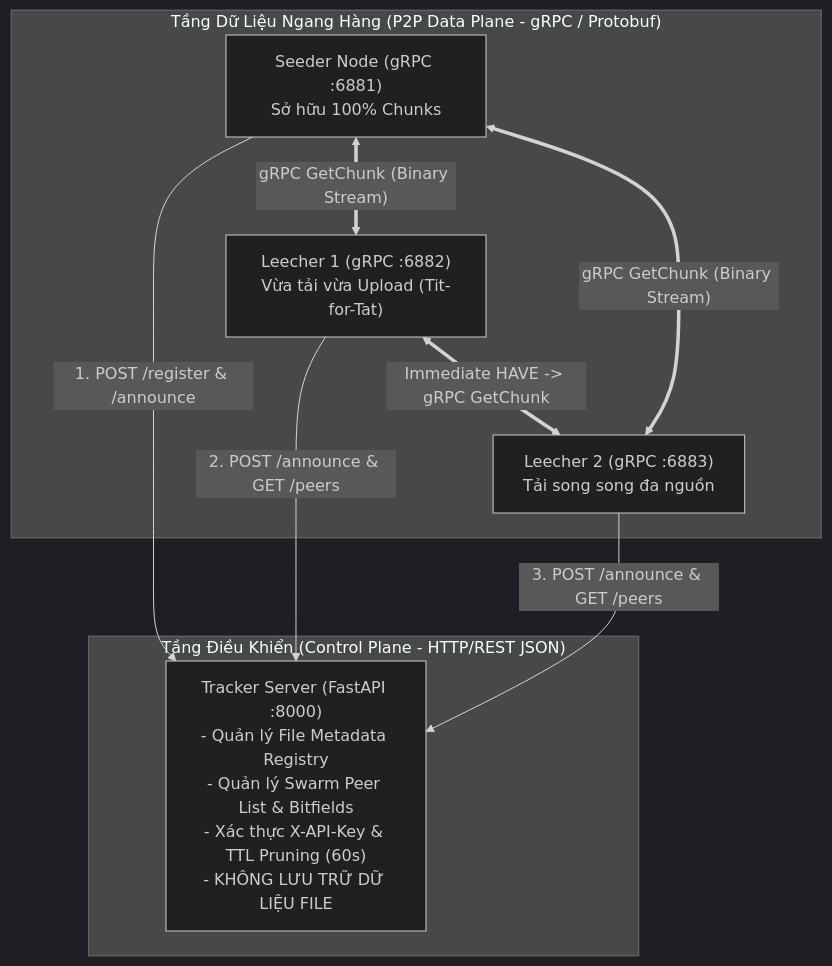
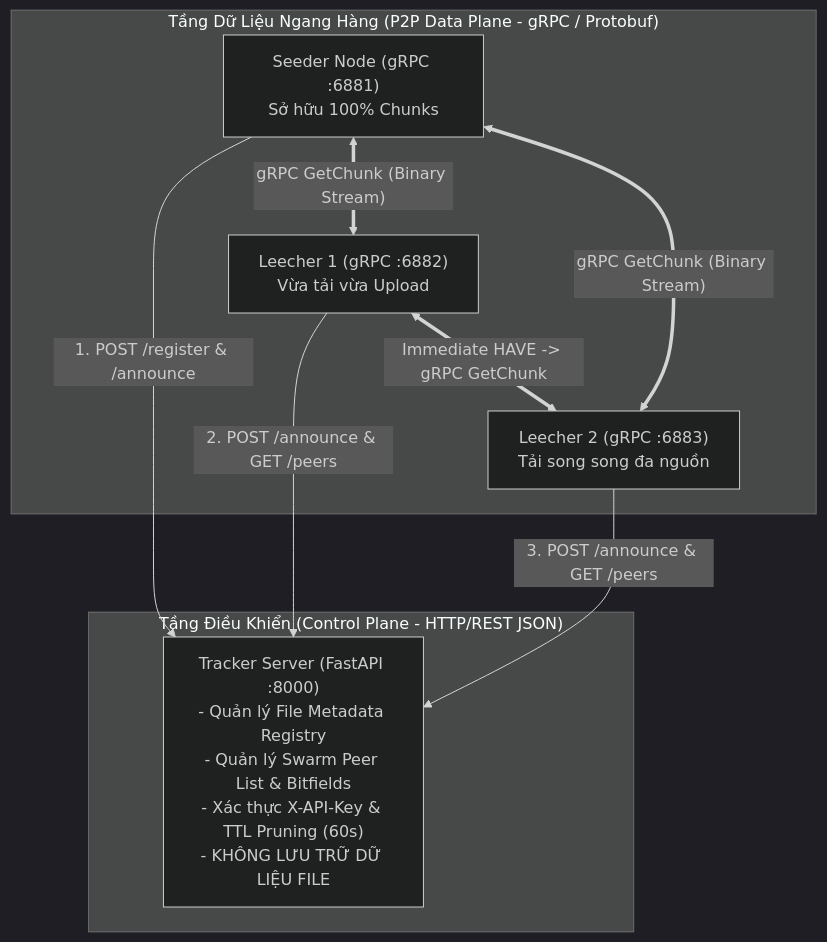
The first of 3 diagrams in docs/REPORT_TEMPLATE.md (manhtruong43/DS02---P2P-file-sharing-system-simulating-BitTorrent-), drawn with Mermaid (dark theme) before and after one commit. The commit also changed other lines of this file, not shown here.

````diff
--- a/docs/REPORT_TEMPLATE.md
+++ b/docs/REPORT_TEMPLATE.md
@@ -124,20 +124,20 @@
 ```mermaid
 graph TD
     subgraph Control_Plane ["Tầng Điều Khiển (Control Plane - HTTP/REST JSON)"]
         T["Tracker Server (FastAPI :8000)<br/>- Quản lý File Metadata Registry<br/>- Quản lý Swarm Peer List & Bitfields<br/>- Xác thực X-API-Key & TTL Pruning (60s)<br/>- KHÔNG LƯU TRỮ DỮ LIỆU FILE"]
     end
 
     subgraph Data_Plane ["Tầng Dữ Liệu Ngang Hàng (P2P Data Plane - gRPC / Protobuf)"]
         S["Seeder Node (gRPC :6881)<br/>Sở hữu 100% Chunks"]
-        L1["Leecher 1 (gRPC :6882)<br/>Vừa tải vừa Upload (Tit-for-Tat)"]
+        L1["Leecher 1 (gRPC :6882)<br/>Vừa tải vừa Upload"]
         L2["Leecher 2 (gRPC :6883)<br/>Tải song song đa nguồn"]
     end
 
     S -->|"1. POST /register & /announce"| T
     L1 -->|"2. POST /announce & GET /peers"| T
     L2 -->|"3. POST /announce & GET /peers"| T
 
     S <==>|"gRPC GetChunk (Binary Stream)"| L1
     S <==>|"gRPC GetChunk (Binary Stream)"| L2
     L1 <==>|"Immediate HAVE -> gRPC GetChunk"| L2
 ```
````
